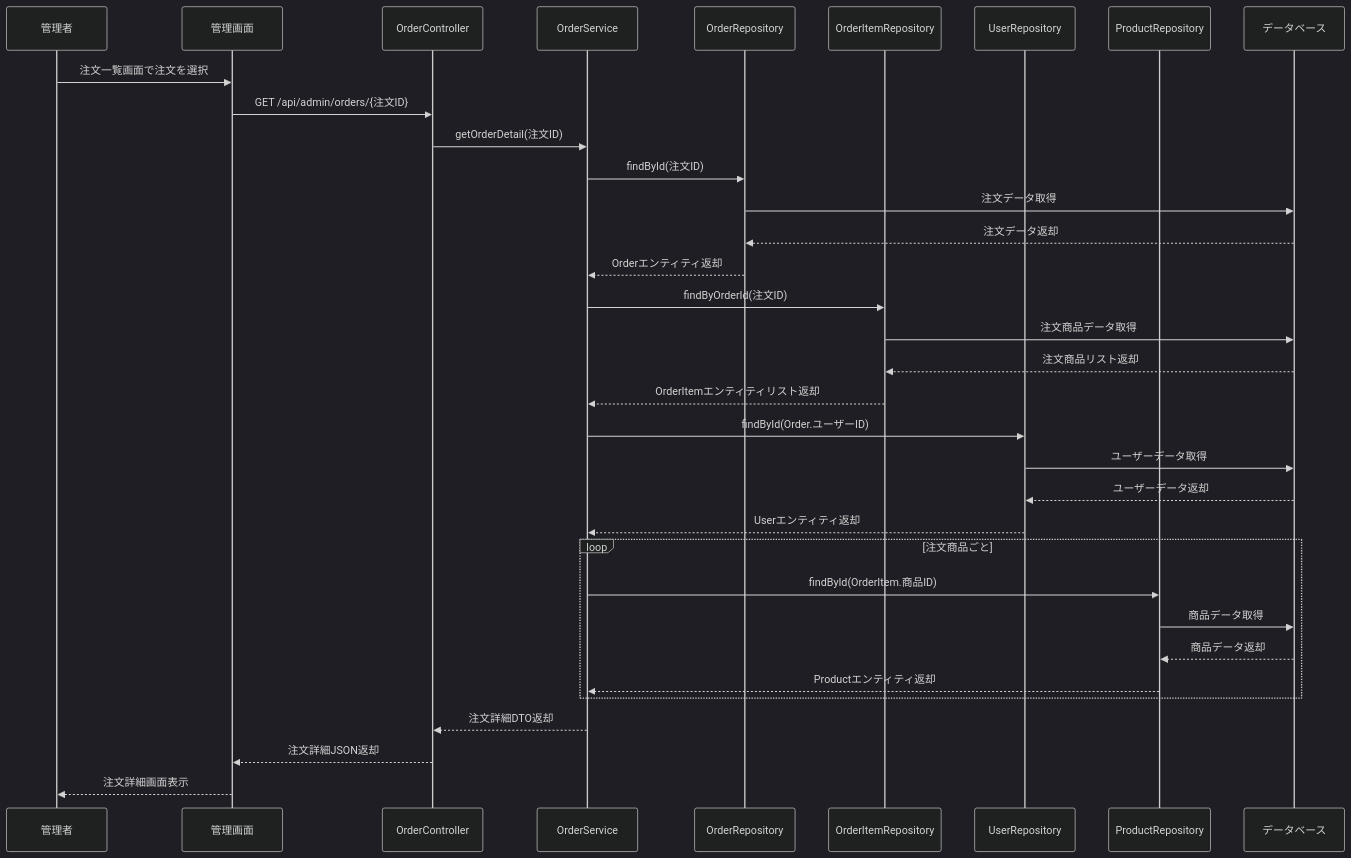
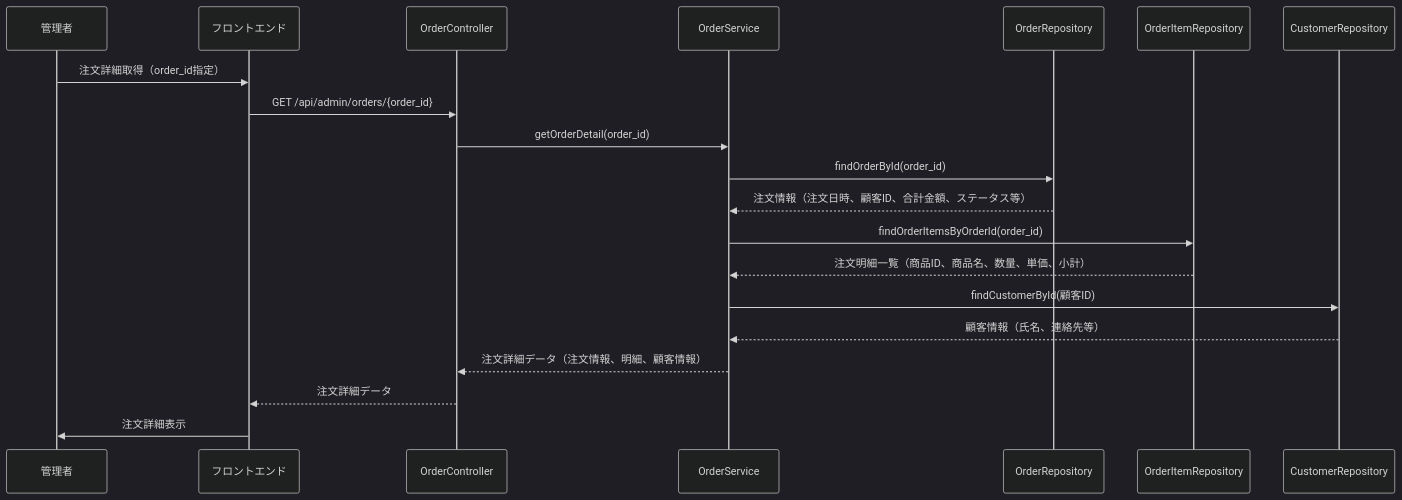
Diagram 29 of 39 in 詳細設計/担当B_村田/3.2 機能詳細.md (Aoi-Yaegashi/teamF), drawn with Mermaid (dark theme) before and after one commit. The commit also changed other lines of this file and 1 other file, not shown here.

```diff
--- a/詳細設計/担当B_村田/3.2 機能詳細.md
+++ b/詳細設計/担当B_村田/3.2 機能詳細.md
@@ -1007,41 +1132,40 @@
    <div class="mermaid">
 sequenceDiagram
-    participant AdminUser as 管理者
-    participant AdminBrowser as 管理画面
-    participant OrderController as OrderController
-    participant OrderService as OrderService
+    participant Admin as 管理者
+    participant FE as フロントエンド
+    participant OrderC as OrderController
+    participant OrderS as OrderService
     participant OrderRepo as OrderRepository
     participant OrderItemRepo as OrderItemRepository
-    participant UserRepo as UserRepository
-    participant ProductRepo as ProductRepository
-    participant DB as データベース
+    participant CustomerRepo as CustomerRepository
 
-    AdminUser->>AdminBrowser: 注文一覧画面で注文を選択
-    AdminBrowser->>OrderController: GET /api/admin/orders/{注文ID}
-    OrderController->>OrderService: getOrderDetail(注文ID)
-    OrderService->>OrderRepo: findById(注文ID)
-    OrderRepo->>DB: 注文データ取得
-    DB-->>OrderRepo: 注文データ返却
-    OrderRepo-->>OrderService: Orderエンティティ返却
+    %% 1. 管理者が注文詳細画面を表示
+    Admin->>FE: 注文詳細取得（order_id指定）
 
-    OrderService->>OrderItemRepo: findByOrderId(注文ID)
-    OrderItemRepo->>DB: 注文商品データ取得
-    DB-->>OrderItemRepo: 注文商品リスト返却
-    OrderItemRepo-->>OrderService: OrderItemエンティティリスト返却
+    %% 2. フロントエンドがAPI呼び出し
+    FE->>OrderC: GET /api/admin/orders/{order_id}
 
-    OrderService->>UserRepo: findById(Order.ユーザーID)
-    UserRepo->>DB: ユーザーデータ取得
-    DB-->>UserRepo: ユーザーデータ返却
-    UserRepo-->>OrderService: Userエンティティ返却
+    %% 3. コントローラがサービスに処理を依頼
+    OrderC->>OrderS: getOrderDetail(order_id)
 
-    loop 注文商品ごと
-        OrderService->>ProductRepo: findById(OrderItem.商品ID)
-        ProductRepo->>DB: 商品データ取得
-        DB-->>ProductRepo: 商品データ返却
-        ProductRepo-->>OrderService: Productエンティティ返却
-    end
+    %% 4. サービスが注文情報を取得
+    OrderS->>OrderRepo: findOrderById(order_id)
+    OrderRepo-->>OrderS: 注文情報（注文日時、顧客ID、合計金額、ステータス等）
 
-    OrderService-->>OrderController: 注文詳細DTO返却
-    OrderController-->>AdminBrowser: 注文詳細JSON返却
-    AdminBrowser-->>AdminUser: 注文詳細画面表示
+    %% 5. サービスが注文明細を取得
+    OrderS->>OrderItemRepo: findOrderItemsByOrderId(order_id)
+    OrderItemRepo-->>OrderS: 注文明細一覧（商品ID、商品名、数量、単価、小計）
+
+    %% 6. サービスが顧客情報を取得
+    OrderS->>CustomerRepo: findCustomerById(顧客ID)
+    CustomerRepo-->>OrderS: 顧客情報（氏名、連絡先等）
+
+    %% 7. サービスが注文詳細データをまとめて返却
+    OrderS-->>OrderC: 注文詳細データ（注文情報、明細、顧客情報）
+
+    %% 8. コントローラがフロントエンドに返却
+    OrderC-->>FE: 注文詳細データ
+
+    %% 9. フロントエンドが画面に詳細を表示
+    FE->>Admin: 注文詳細表示
 </div>
```
